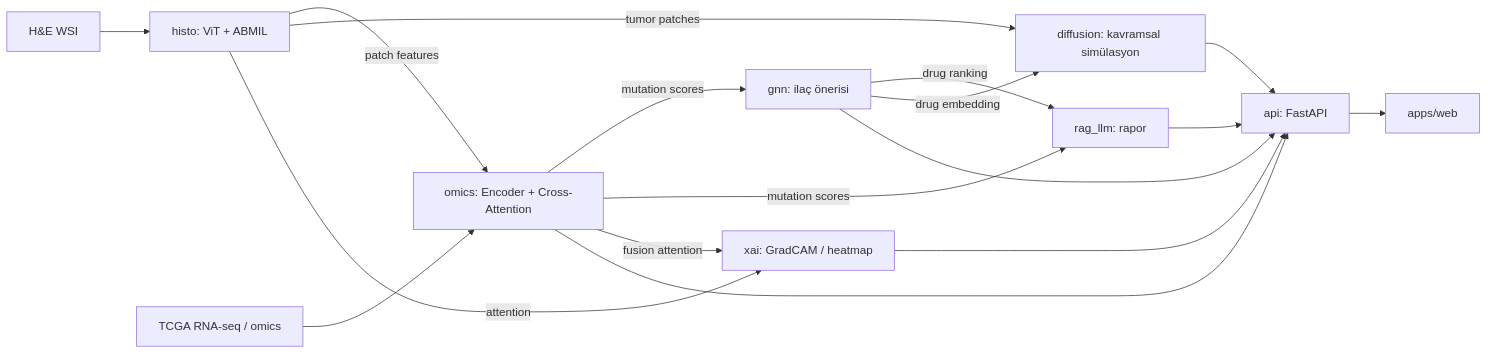
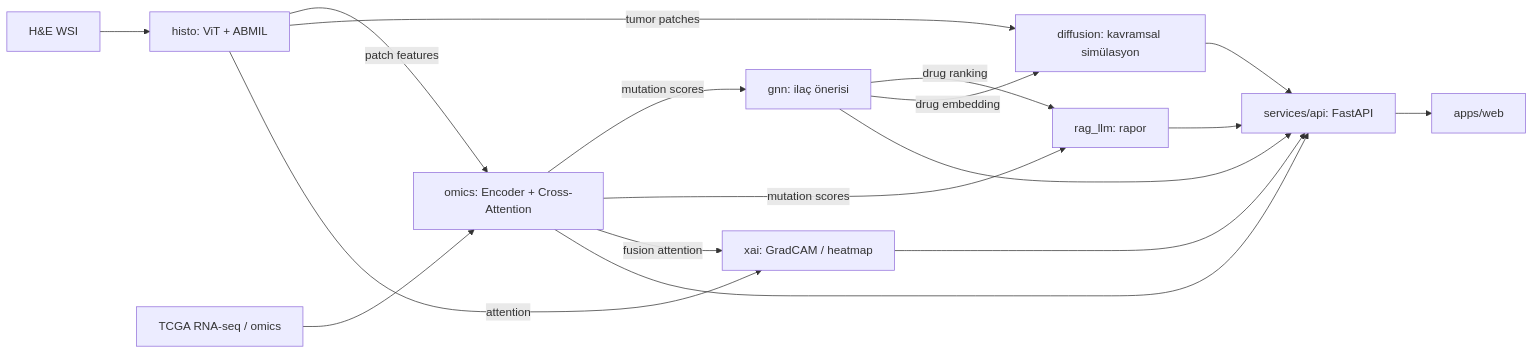
The first of 2 diagrams in docs/architecture.md (Weli-byte/FUBiltagteam), drawn with Mermaid before and after one commit. The commit also changed other lines of this file and 14 other files, not shown here.

First line of the commit message:
1.1: plandaki yerleşime dön (models/*, services/api), sınır testini güncelle

````diff
--- a/docs/architecture.md
+++ b/docs/architecture.md
@@ -8,19 +8,19 @@
 ```mermaid
 flowchart LR
     WSI[H&E WSI] --> HISTO[histo: ViT + ABMIL]
     OMICS_IN[TCGA RNA-seq / omics] --> OMICS[omics: Encoder + Cross-Attention]
     HISTO -- patch features --> OMICS
     OMICS -- mutation scores --> GNN[gnn: ilaç önerisi]
     OMICS -- mutation scores --> RAG[rag_llm: rapor]
     GNN -- drug ranking --> RAG
     GNN -- drug embedding --> DIFF[diffusion: kavramsal simülasyon]
     HISTO -- tumor patches --> DIFF
     HISTO -- attention --> XAI[xai: GradCAM / heatmap]
     OMICS -- fusion attention --> XAI
-    RAG --> API[api: FastAPI]
+    RAG --> API[services/api: FastAPI]
     DIFF --> API
     XAI --> API
     GNN --> API
     OMICS --> API
     API --> WEB[apps/web]
 ```
````
